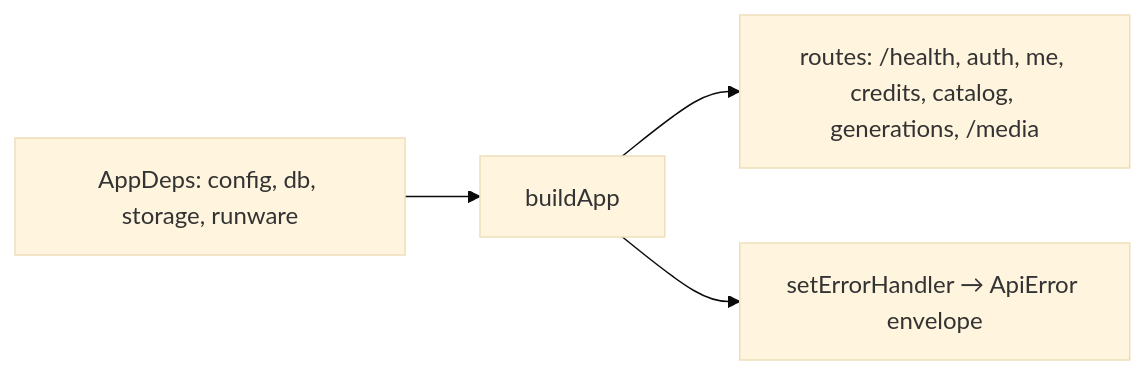
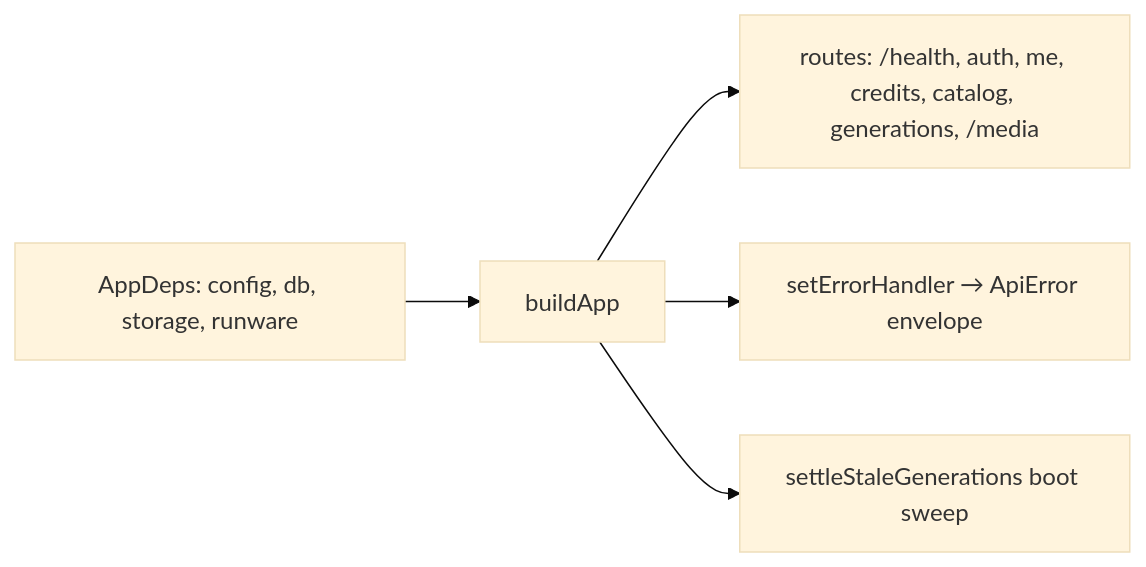
Before and after one commit to AzamatRaimbekov2/openCreate: the diagram in apps/api/src/app.ts.md, drawn with Mermaid (base theme). The commit also changed other lines of this file and 5 other files, not shown here.

Commit message:
fix(api): settle stuck processing generations — no-asset polls fail with refund, stale rows reaped on poll and boot

````diff
--- a/apps/api/src/app.ts.md
+++ b/apps/api/src/app.ts.md
@@ -19,5 +19,6 @@
 ```mermaid
 flowchart LR
   DEPS[AppDeps: config, db, storage, runware] --> B[buildApp] --> R[routes: /health, auth, me, credits, catalog, generations, /media]
   B --> EH[setErrorHandler → ApiError envelope]
+  B --> SW[settleStaleGenerations boot sweep]
 ```
````
